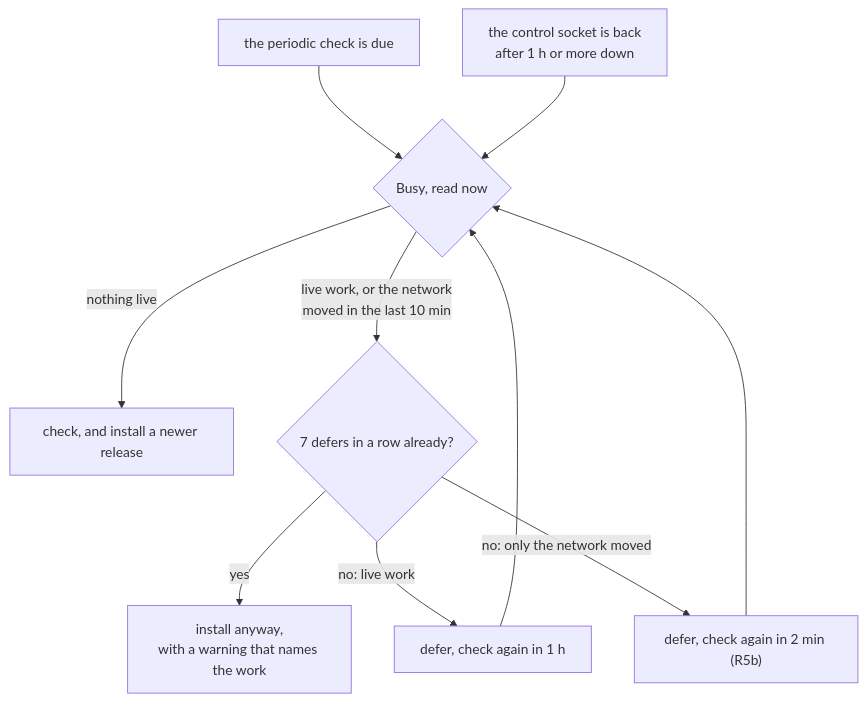
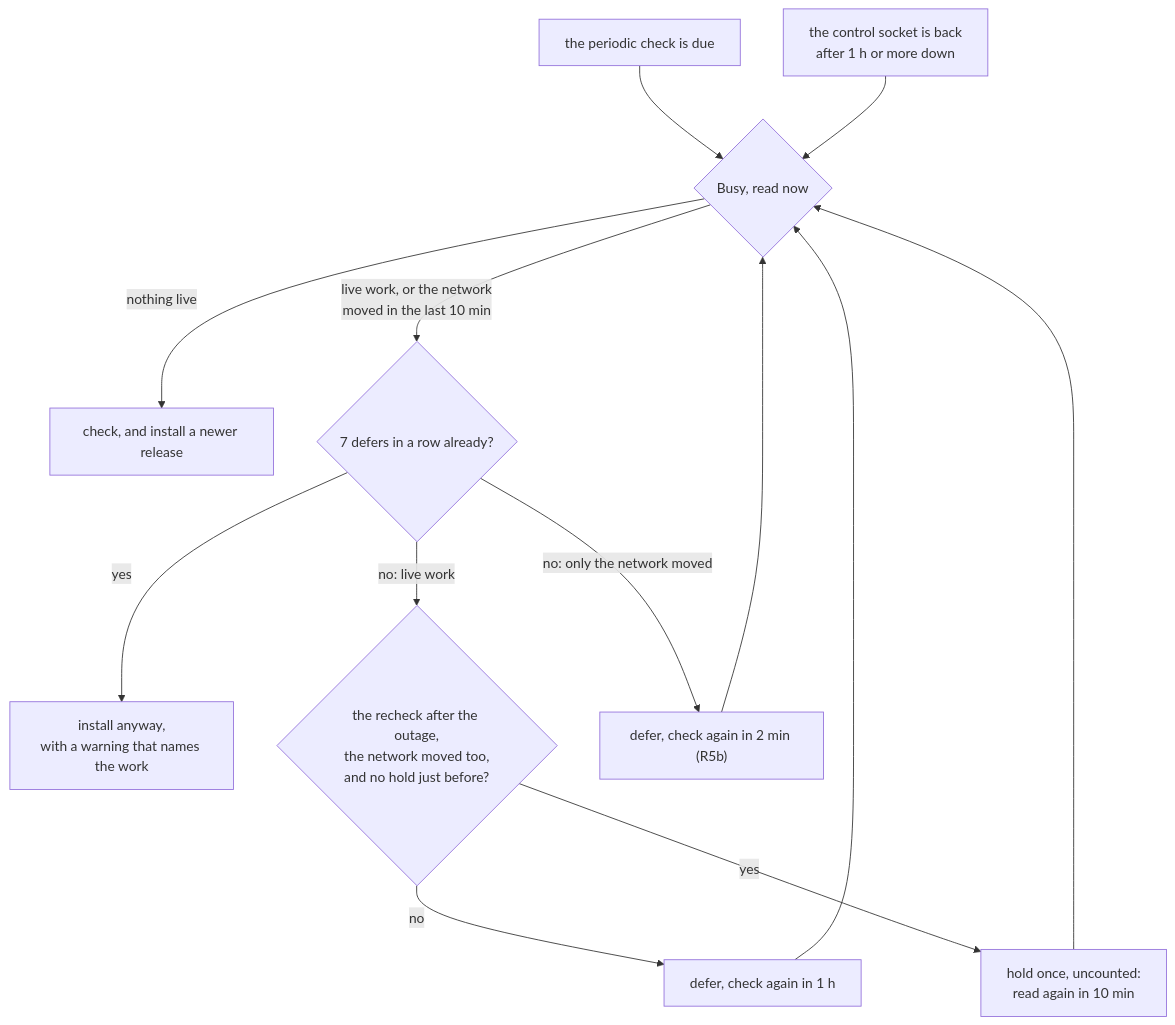
Diagram 28 of 32 in docs/installation.md (gjovanov/roomler-ai), drawn with Mermaid before and after one commit. The commit also changed other lines of this file and 3 other files, not shown here.

First line of the commit message:
docs(update): the outage recheck holds once beside a network move (#4407)

````diff
--- a/docs/installation.md
+++ b/docs/installation.md
@@ -3863,12 +3863,15 @@
 ```mermaid
 flowchart TD
     C["the periodic check is due"] --> B{"Busy, read now"}
     O["the control socket is back<br/>after 1 h or more down"] --> B
     B -- "nothing live" --> I["check, and install a newer release"]
     B -- "live work, or the network<br/>moved in the last 10 min" --> D{"7 defers in a row already?"}
     D -- yes --> F["install anyway,<br/>with a warning that names the work"]
-    D -- "no: live work" --> H["defer, check again in 1 h"]
+    D -- "no: live work" --> R{"the recheck after the outage,<br/>the network moved too,<br/>and no hold just before?"}
+    R -- no --> H["defer, check again in 1 h"]
+    R -- yes --> HO["hold once, uncounted:<br/>read again in 10 min"]
     D -- "no: only the network moved" --> M["defer, check again in 2 min (R5b)"]
     H --> B
+    HO --> B
     M --> B
 ```
````
